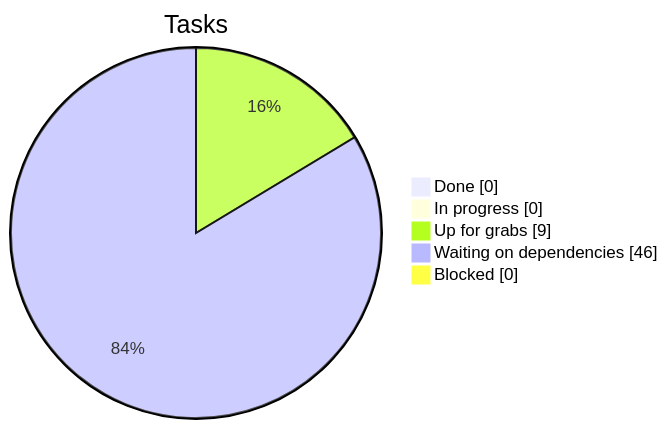
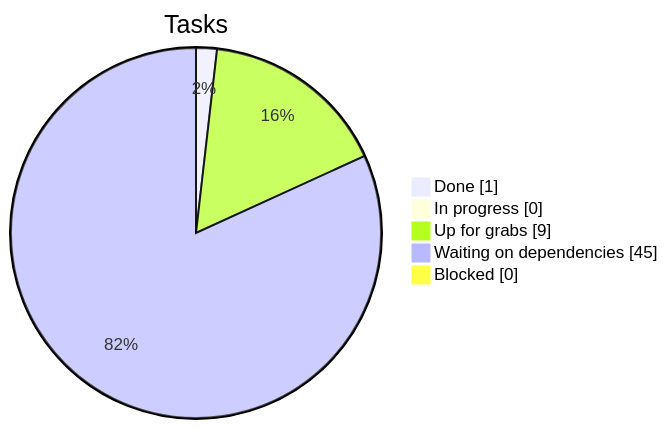
Before and after one commit to clementdumeril/tello-balloon-hunter: the diagram in STATUS.md, drawn with Mermaid. The commit also changed other lines of this file and 1 other file, not shown here.

````diff
--- a/STATUS.md
+++ b/STATUS.md
@@ -10,8 +10,8 @@
 ```mermaid
 pie showData title Tasks
-    "Done" : 0
+    "Done" : 1
     "In progress" : 0
     "Up for grabs" : 9
-    "Waiting on dependencies" : 46
+    "Waiting on dependencies" : 45
     "Blocked" : 0
 ```
````
